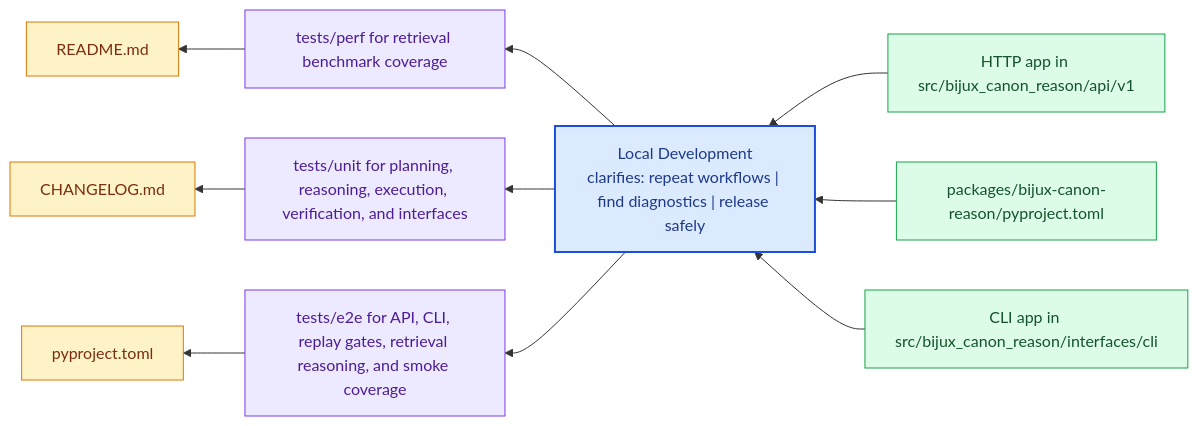
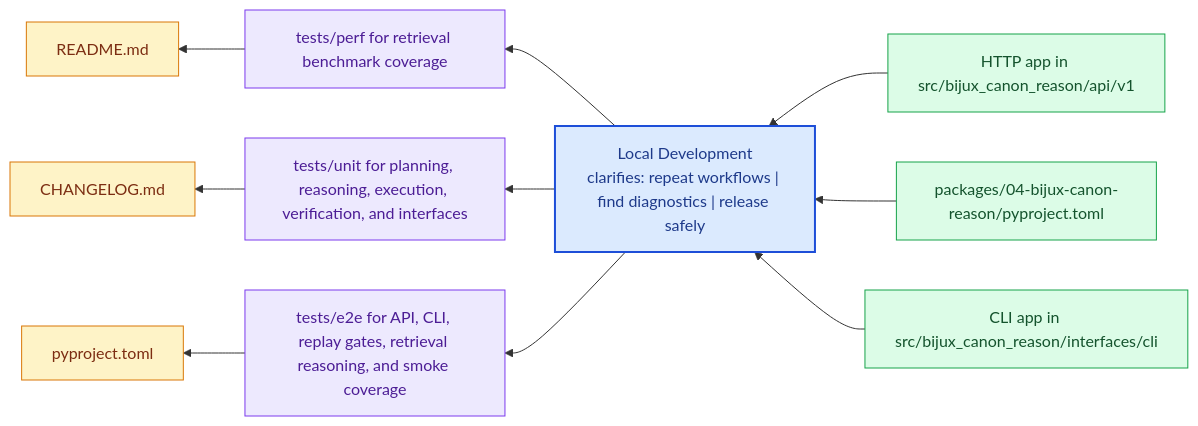
One commit to bijux/bijux-canon changed the diagram in docs/04-bijux-canon-reason/operations/local-development.md. Above: the diagram before and after it, drawn with Mermaid. The commit also changed other lines of this file and 167 other files, not shown here.

````diff
--- a/docs/04-bijux-canon-reason/operations/local-development.md
+++ b/docs/04-bijux-canon-reason/operations/local-development.md
@@ -23,31 +23,31 @@
 ```mermaid
 flowchart RL
     page["Local Development<br/>clarifies: repeat workflows | find diagnostics | release safely"]
     classDef page fill:#dbeafe,stroke:#1d4ed8,color:#1e3a8a,stroke-width:2px;
     classDef positive fill:#dcfce7,stroke:#16a34a,color:#14532d;
     classDef caution fill:#fee2e2,stroke:#dc2626,color:#7f1d1d;
     classDef anchor fill:#ede9fe,stroke:#7c3aed,color:#4c1d95;
     classDef action fill:#fef3c7,stroke:#d97706,color:#7c2d12;
     step1["HTTP app in src/bijux_canon_reason/api/v1"]
     step1 --> page
-    step2["packages/bijux-canon-reason/pyproject.toml"]
+    step2["packages/04-bijux-canon-reason/pyproject.toml"]
     step2 --> page
     step3["CLI app in src/bijux_canon_reason/interfaces/cli"]
     step3 --> page
     run1["tests/perf for retrieval benchmark coverage"]
     page --> run1
     run2["tests/unit for planning, reasoning, execution, verification, and interfaces"]
     page --> run2
     run3["tests/e2e for API, CLI, replay gates, retrieval reasoning, and smoke coverage"]
     page --> run3
     release1["README.md"]
     run1 --> release1
     release2["CHANGELOG.md"]
     run2 --> release2
     release3["pyproject.toml"]
     run3 --> release3
     class page page;
     class step1,step2,step3 positive;
     class run1,run2,run3 anchor;
     class release1,release2,release3 action;
 ```
````
